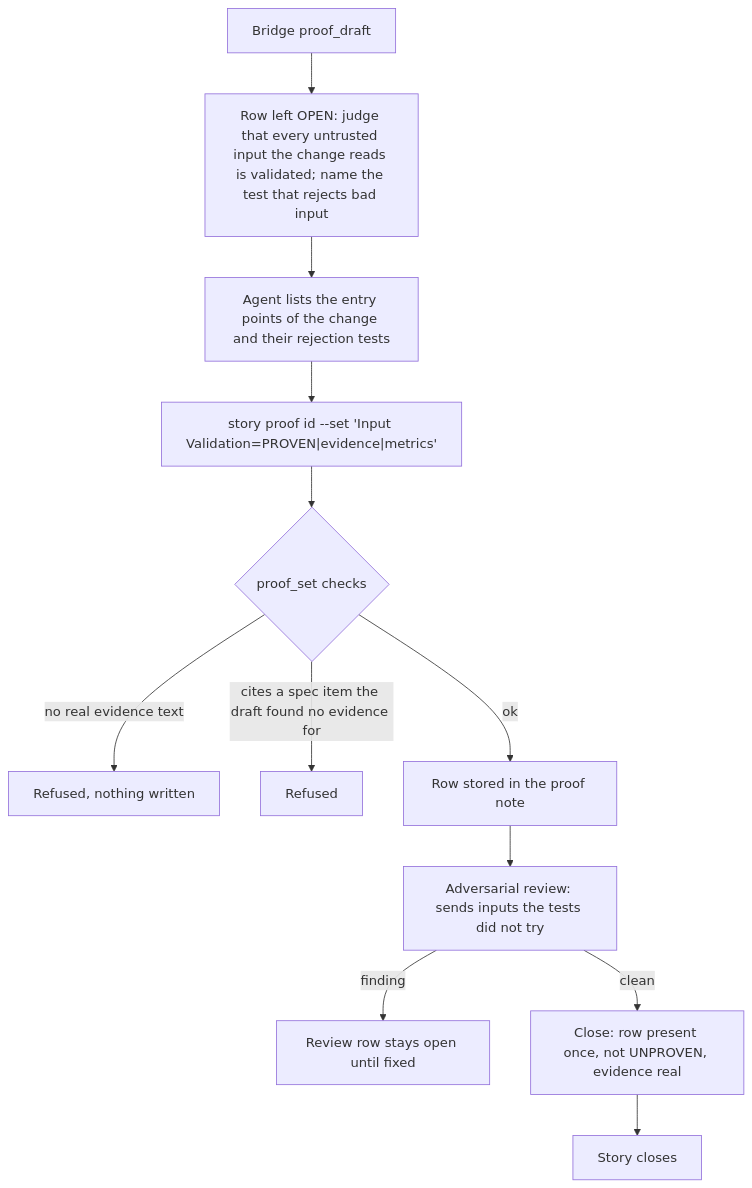
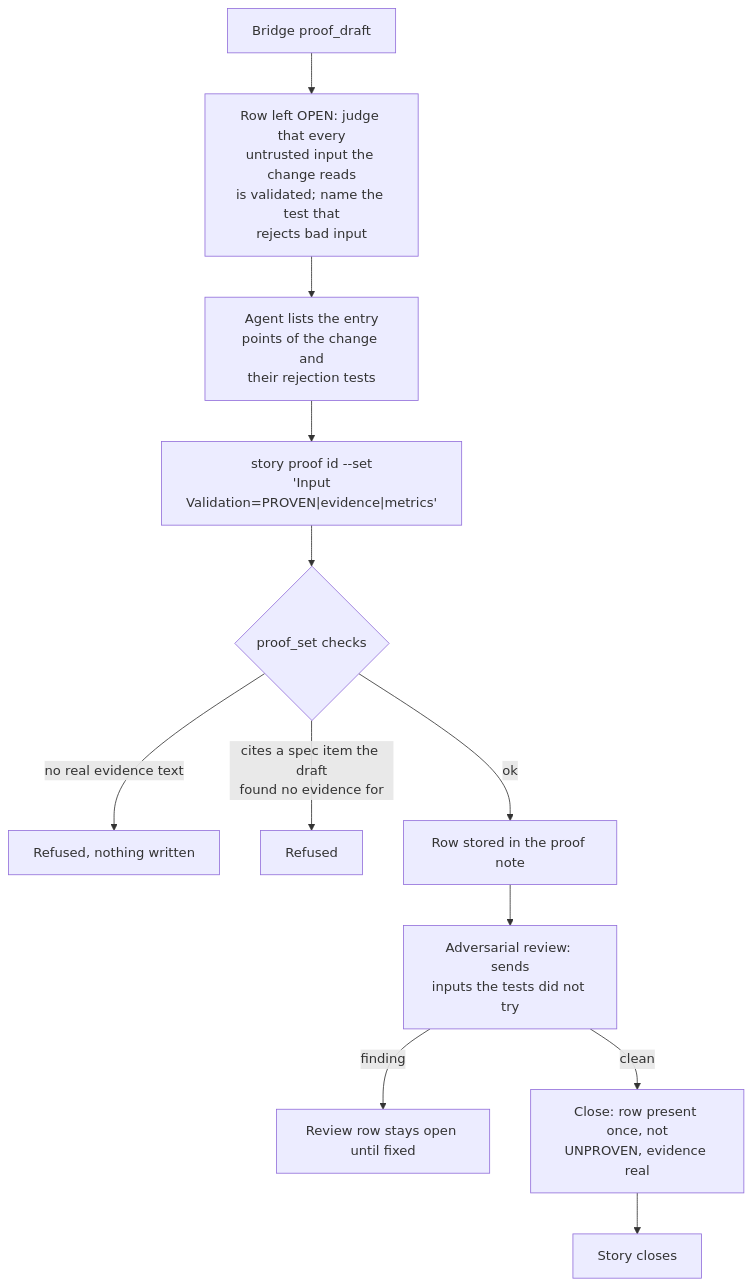
Before and after one commit to DogmaSolutions/Kyklos: the diagram in docs/PROOF_DIMENSION_INPUT_VALIDATION.md, drawn with Mermaid. The commit also changed 38 other files, not shown here.

````diff
--- a/docs/PROOF_DIMENSION_INPUT_VALIDATION.md
+++ b/docs/PROOF_DIMENSION_INPUT_VALIDATION.md
@@ -28,14 +28,14 @@
 ```mermaid
 flowchart TD
-    A["Bridge proof_draft"] --> B["Row left OPEN: judge that every untrusted input the change reads is validated; name the test that rejects bad input"]
-    B --> C["Agent lists the entry points of the change and their rejection tests"]
-    C --> D["story proof id --set 'Input Validation=PROVEN|evidence|metrics'"]
+    A["Bridge proof_draft"] --> B["Row left OPEN: judge that every<br/>untrusted input the change reads<br/>is validated; name the test that<br/>rejects bad input"]
+    B --> C["Agent lists the entry<br/>points of the change and<br/>their rejection tests"]
+    C --> D["story proof id --set<br/>'Input<br/>Validation=PROVEN|evidence|metrics'"]
     D --> E{"proof_set checks"}
     E -->|"no real evidence text"| X1["Refused, nothing written"]
-    E -->|"cites a spec item the draft found no evidence for"| X2["Refused"]
+    E -->|"cites a spec item the draft<br/>found no evidence for"| X2["Refused"]
     E -->|"ok"| S["Row stored in the proof note"]
-    S --> R["Adversarial review: sends inputs the tests did not try"]
+    S --> R["Adversarial review: sends<br/>inputs the tests did not try"]
     R -->|"finding"| X3["Review row stays open until fixed"]
-    R -->|"clean"| Z["Close: row present once, not UNPROVEN, evidence real"]
+    R -->|"clean"| Z["Close: row present once, not<br/>UNPROVEN, evidence real"]
     Z --> OK["Story closes"]
 ```
````
